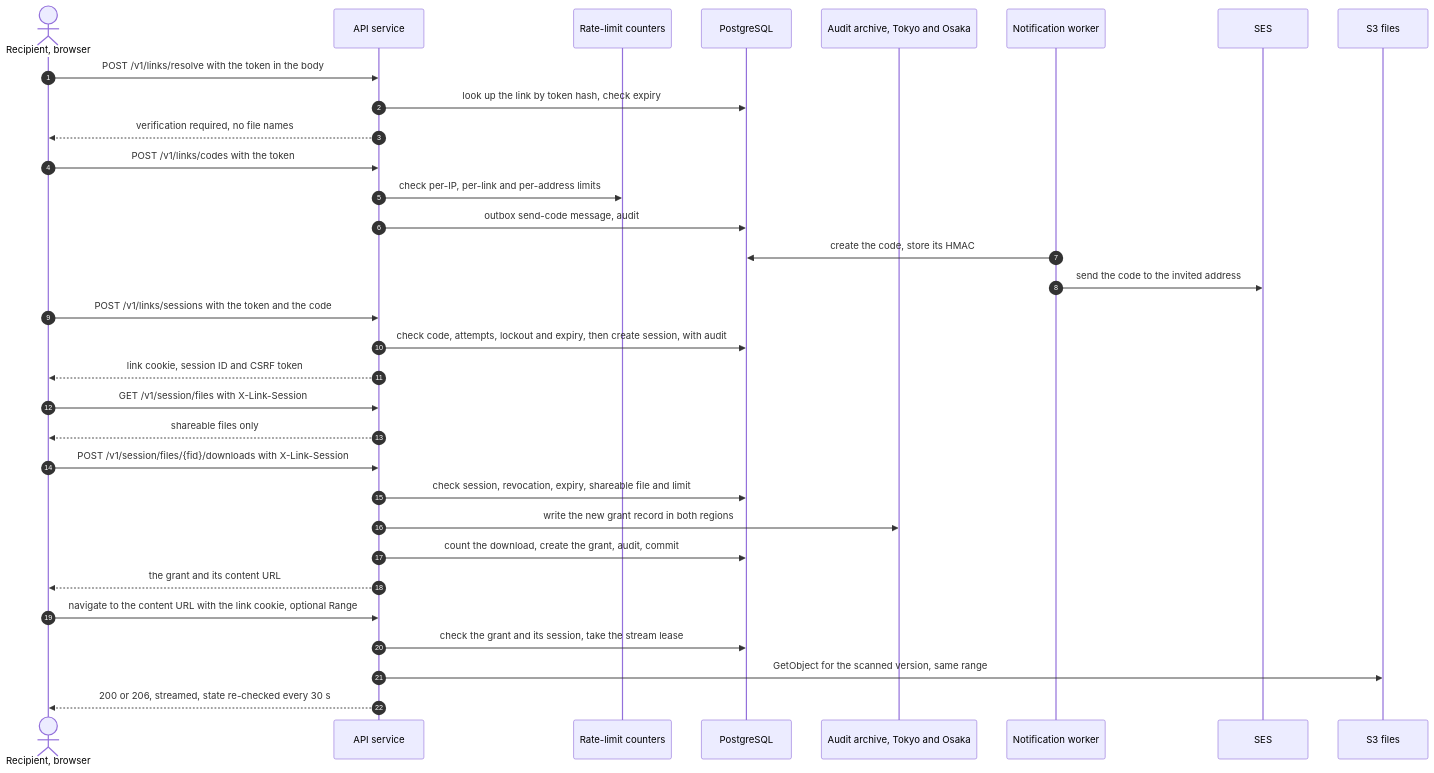
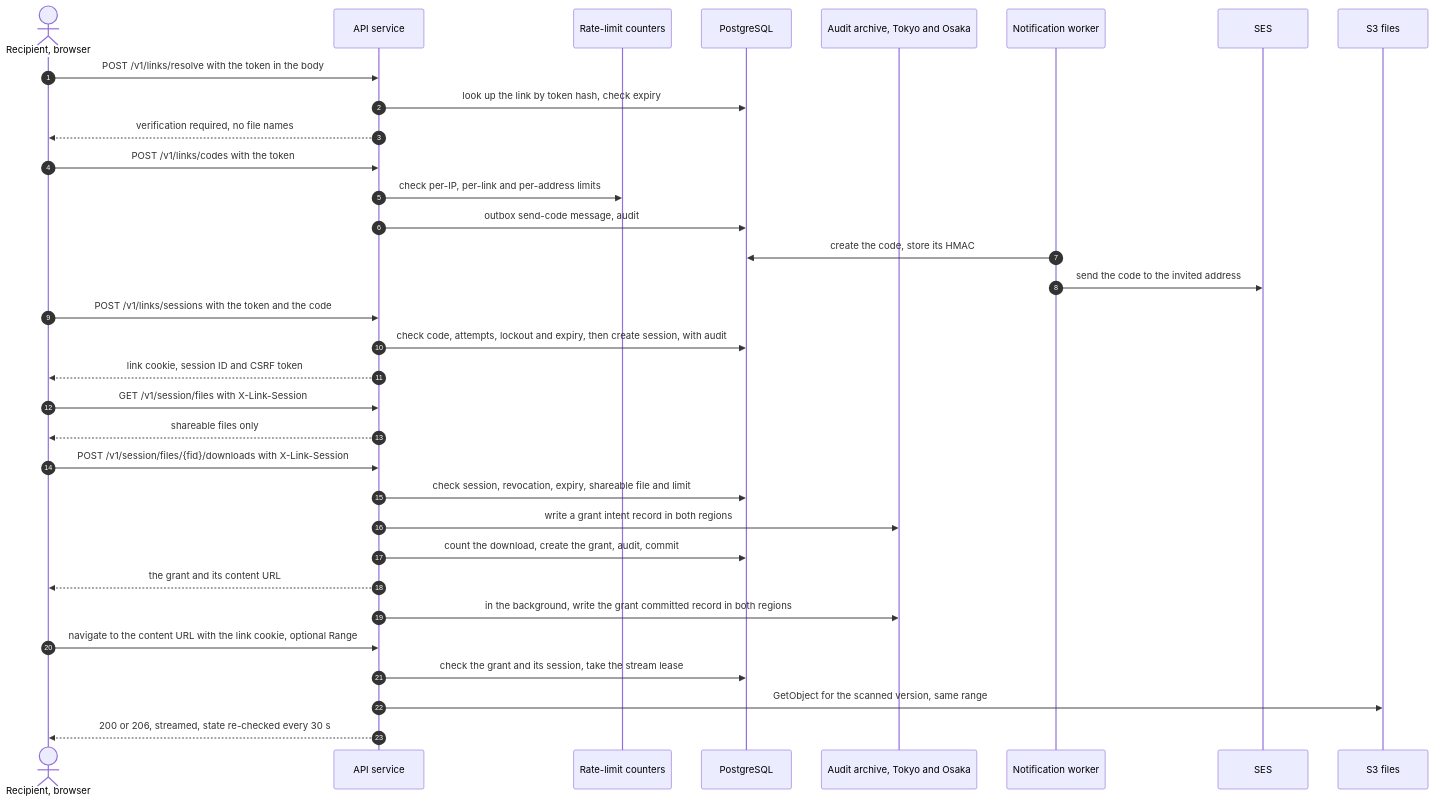
One commit to codewithmuh/secure-file-transfer changed the fifth of 8 diagrams in docs/architecture.md. Above: the diagram before and after it, drawn with Mermaid. The commit also changed other lines of this file and 28 other files, not shown here.

````diff
--- a/docs/architecture.md
+++ b/docs/architecture.md
@@ -353,34 +415,35 @@
 ```mermaid
 sequenceDiagram
     autonumber
     actor R as Recipient, browser
     participant API as API service
     participant RL as Rate-limit counters
     participant DB as PostgreSQL
     participant AR as Audit archive, Tokyo and Osaka
     participant NW as Notification worker
     participant E as SES
     participant S3 as S3 files
     R->>API: POST /v1/links/resolve with the token in the body
     API->>DB: look up the link by token hash, check expiry
     API-->>R: verification required, no file names
     R->>API: POST /v1/links/codes with the token
     API->>RL: check per-IP, per-link and per-address limits
     API->>DB: outbox send-code message, audit
     NW->>DB: create the code, store its HMAC
     NW->>E: send the code to the invited address
     R->>API: POST /v1/links/sessions with the token and the code
     API->>DB: check code, attempts, lockout and expiry, then create session, with audit
     API-->>R: link cookie, session ID and CSRF token
     R->>API: GET /v1/session/files with X-Link-Session
     API-->>R: shareable files only
     R->>API: POST /v1/session/files/{fid}/downloads with X-Link-Session
     API->>DB: check session, revocation, expiry, shareable file and limit
-    API->>AR: write the new grant record in both regions
+    API->>AR: write a grant intent record in both regions
     API->>DB: count the download, create the grant, audit, commit
     API-->>R: the grant and its content URL
+    API->>AR: in the background, write the grant committed record in both regions
     R->>API: navigate to the content URL with the link cookie, optional Range
     API->>DB: check the grant and its session, take the stream lease
     API->>S3: GetObject for the scanned version, same range
     API-->>R: 200 or 206, streamed, state re-checked every 30 s
 ```
````
